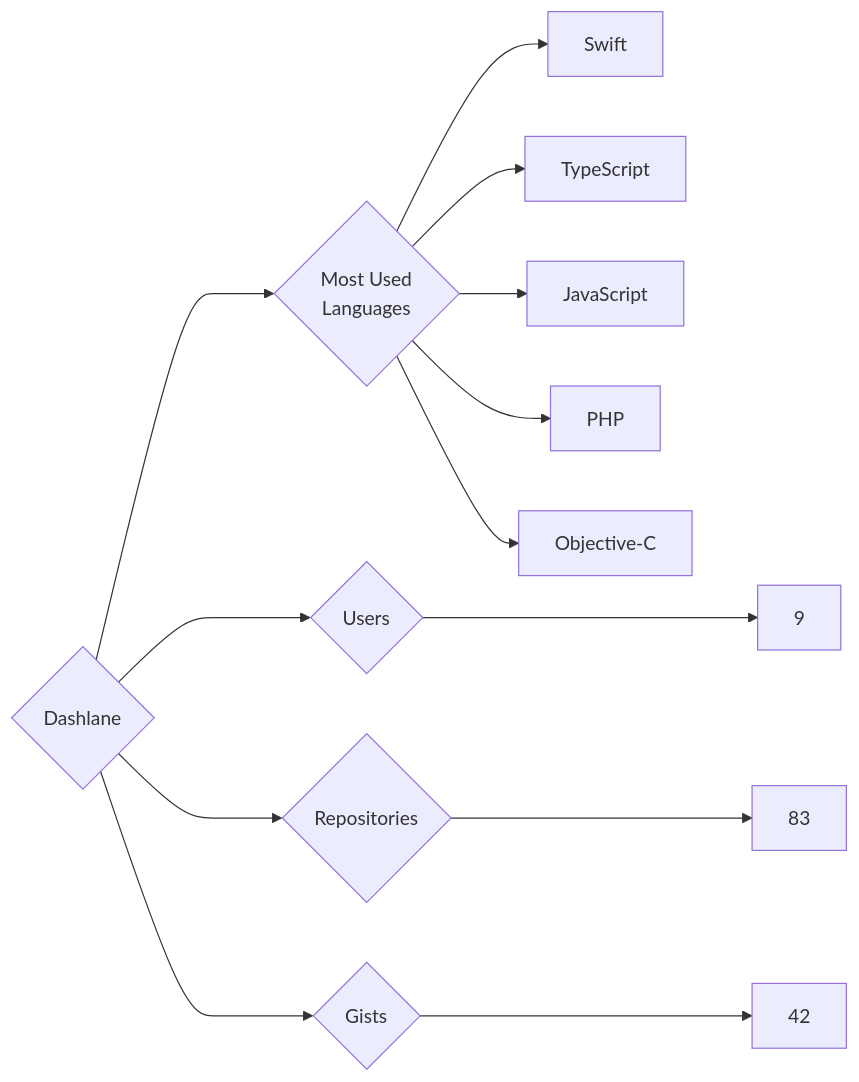
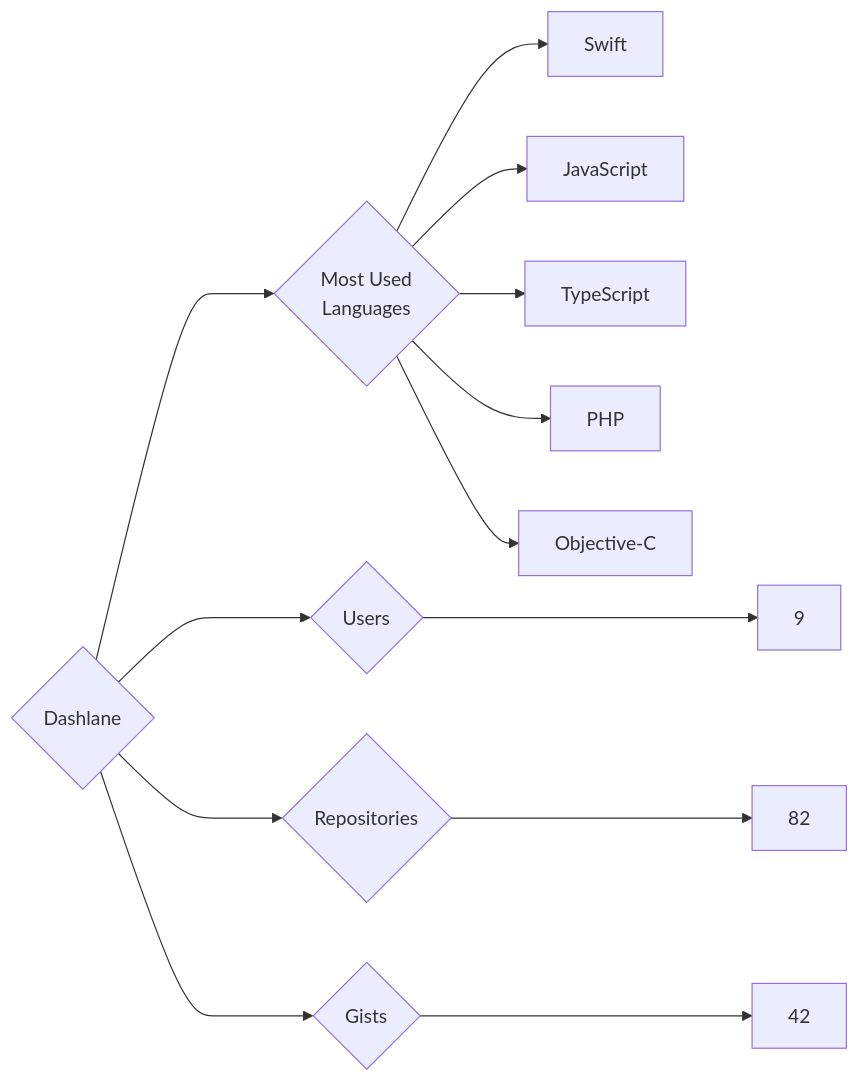
One commit to trickest/insiders changed the diagram in targets/Dashlane/README.md. Above: the diagram before and after it, drawn with Mermaid. The commit also changed 786 other files, not shown here.

````diff
--- a/targets/Dashlane/README.md
+++ b/targets/Dashlane/README.md
@@ -3,13 +3,13 @@
 ```mermaid
 graph LR
 COMPANY_NAME{Dashlane}
 COMPANY_NAME ---> U{Users} ---> UN[9]
-COMPANY_NAME ---> R{Repositories} ---> RN[83]
+COMPANY_NAME ---> R{Repositories} ---> RN[82]
 COMPANY_NAME ---> G{Gists} ---> GN[42]
 COMPANY_NAME ---> ML{Most Used<br>Languages}
 ML --> Swift[Swift]
+ML --> JavaScript[JavaScript]
 ML --> TypeScript[TypeScript]
-ML --> JavaScript[JavaScript]
 ML --> PHP[PHP]
 ML --> Objective-C[Objective-C]
 ```
````
